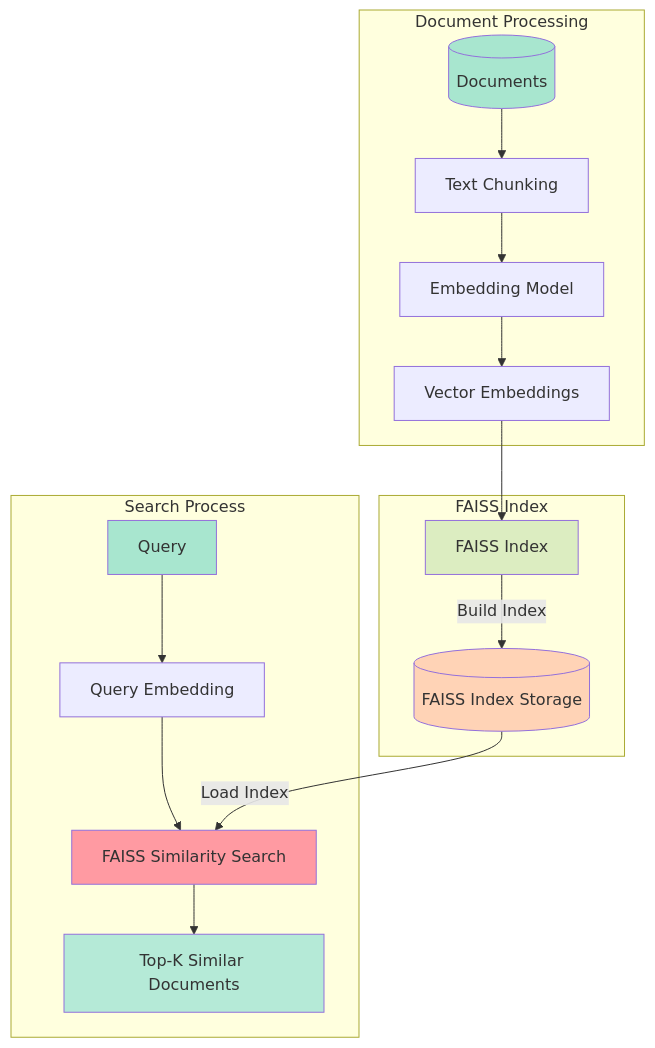
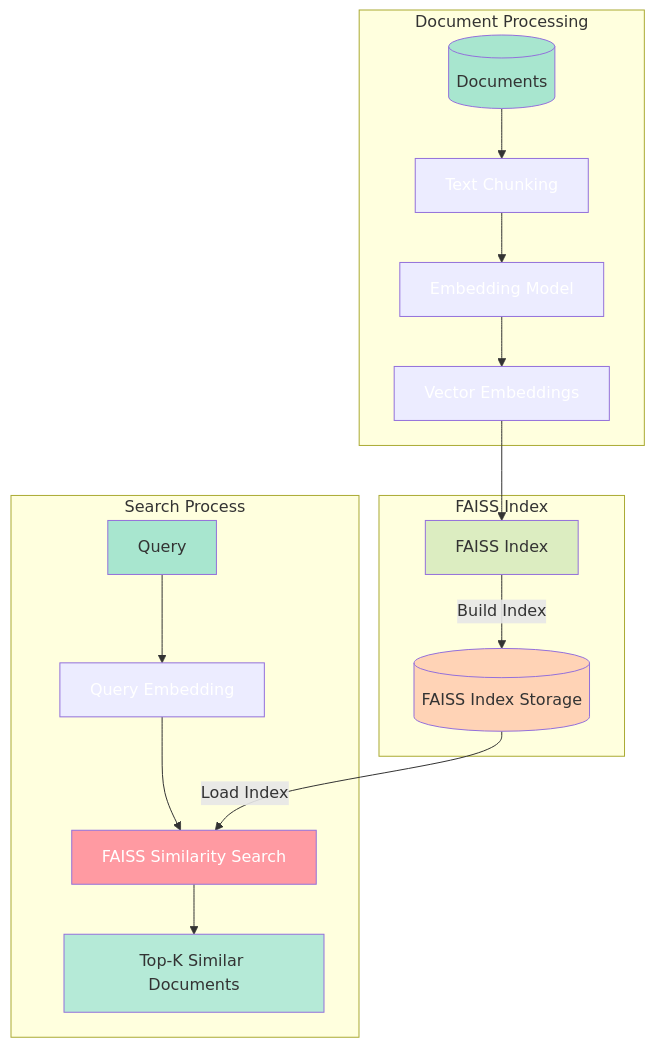
Before and after one commit to Minerva142/DenseRetrievalProject: the second of 2 diagrams in README.md, drawn with Mermaid. The commit also changed other lines of this file, not shown here.

````diff
--- a/README.md
+++ b/README.md
@@ -111,29 +108,33 @@
 ```mermaid
 graph TD
     subgraph Document Processing
         D[(Documents)] --> T[Text Chunking]
         T --> E[Embedding Model]
         E --> V[Vector Embeddings]
     end
 
     subgraph FAISS Index
         V --> I[FAISS Index]
         I -->|Build Index| IX[(FAISS Index Storage)]
     end
 
     subgraph Search Process
         Q[Query] --> QE[Query Embedding]
         QE --> S[FAISS Similarity Search]
         IX -->|Load Index| S
         S --> R[Top-K Similar Documents]
     end
 
-    style D fill:#a8e6cf
-    style Q fill:#a8e6cf
-    style IX fill:#ffd3b6
-    style I fill:#dcedc1
-    style S fill:#ff9aa2
-    style R fill:#b5ead7
+    style D fill:#a8e6cf,color:#333333
+    style Q fill:#a8e6cf,color:#333333
+    style IX fill:#ffd3b6,color:#333333
+    style I fill:#dcedc1,color:#333333
+    style S fill:#ff9aa2,color:#ffffff
+    style R fill:#b5ead7,color:#333333
+    style T color:#ffffff
+    style E color:#ffffff
+    style V color:#ffffff
+    style QE color:#ffffff
 
 
 ```
````
